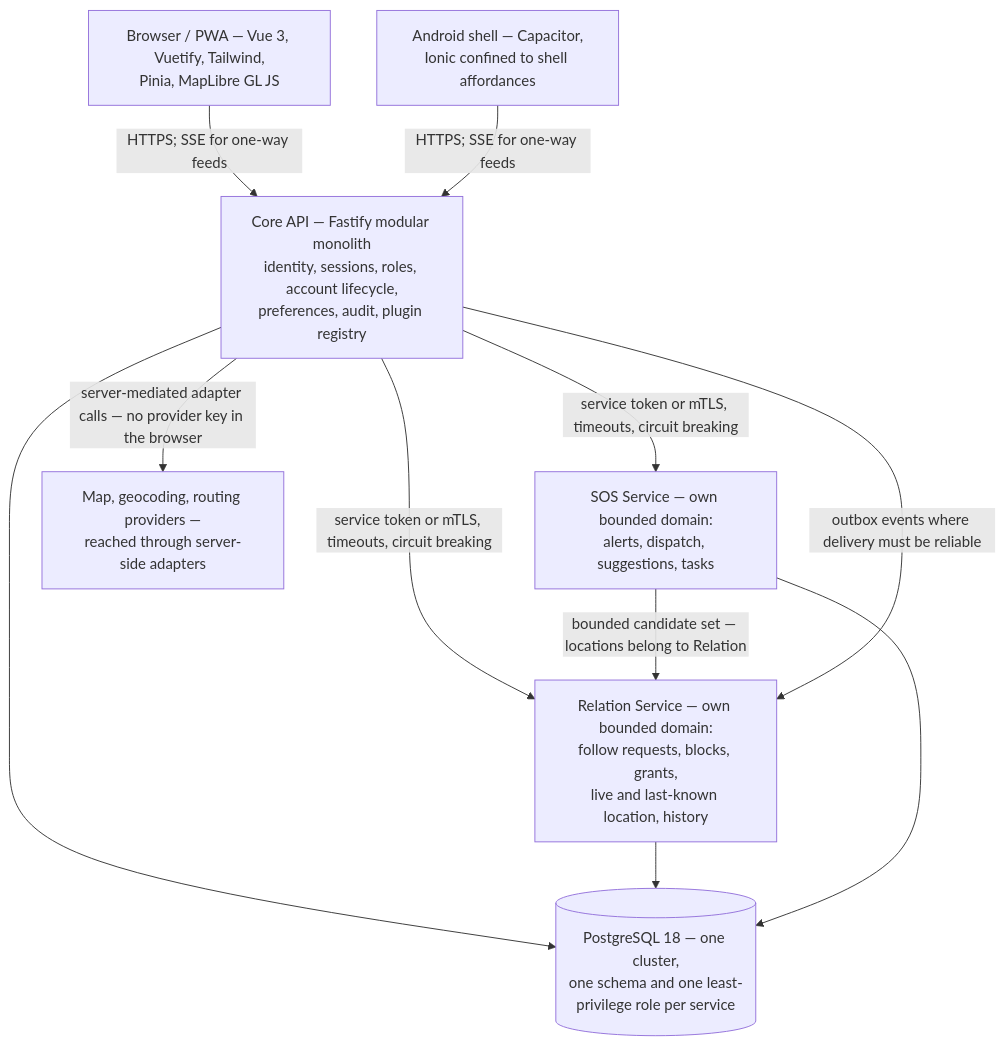
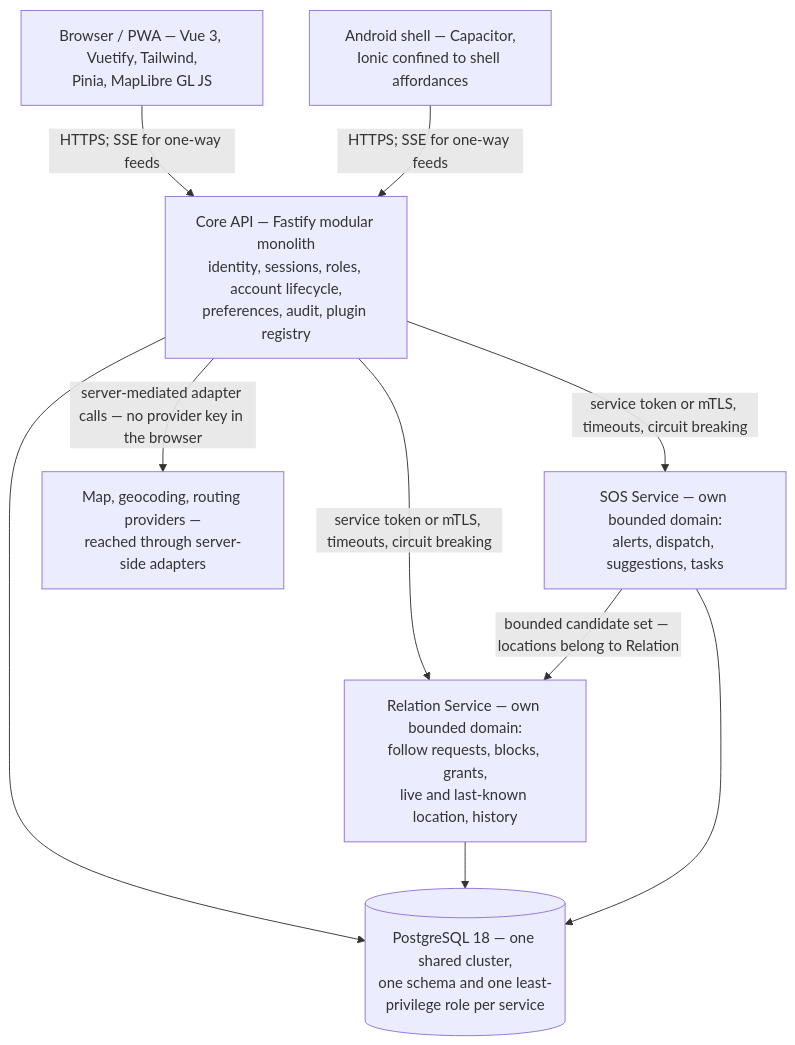
Before and after one commit to komeilm76/boro_biya: the second of 16 diagrams in docs/DIAGRAMS.md, drawn with Mermaid. The commit also changed other lines of this file and 8 other files, not shown here.

````diff
--- a/docs/DIAGRAMS.md
+++ b/docs/DIAGRAMS.md
@@ -47,20 +47,19 @@
 ```mermaid
 flowchart TB
   browser["Browser / PWA — Vue 3, Vuetify, Tailwind,<br/>Pinia, MapLibre GL JS"]
   shell["Android shell — Capacitor,<br/>Ionic confined to shell affordances"]
   api["Core API — Fastify modular monolith<br/>identity, sessions, roles, account lifecycle,<br/>preferences, audit, plugin registry"]
   rel["Relation Service — own bounded domain:<br/>follow requests, blocks, grants,<br/>live and last-known location, history"]
   sos["SOS Service — own bounded domain:<br/>alerts, dispatch, suggestions, tasks"]
-  pg[("PostgreSQL 18 — one cluster,<br/>one schema and one least-privilege role per service")]
+  pg[("PostgreSQL 18 — one shared cluster,<br/>one schema and one least-privilege role per service")]
   providers["Map, geocoding, routing providers —<br/>reached through server-side adapters"]
   browser -->|"HTTPS; SSE for one-way feeds"| api
   shell -->|"HTTPS; SSE for one-way feeds"| api
   api -->|"service token or mTLS, timeouts, circuit breaking"| rel
   api -->|"service token or mTLS, timeouts, circuit breaking"| sos
   sos -->|"bounded candidate set — locations belong to Relation"| rel
   api --> pg
   rel --> pg
   sos --> pg
-  api -->|"outbox events where delivery must be reliable"| rel
   api -->|"server-mediated adapter calls — no provider key in the browser"| providers
 ```
````
